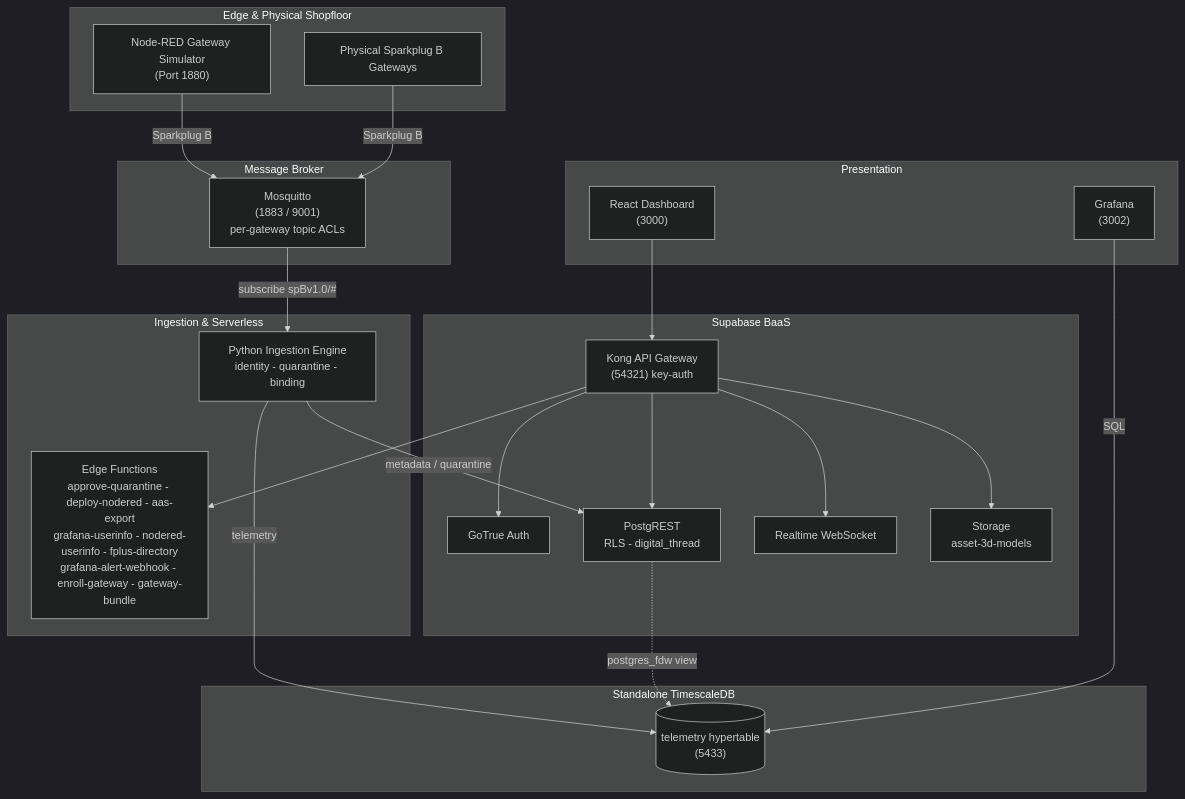
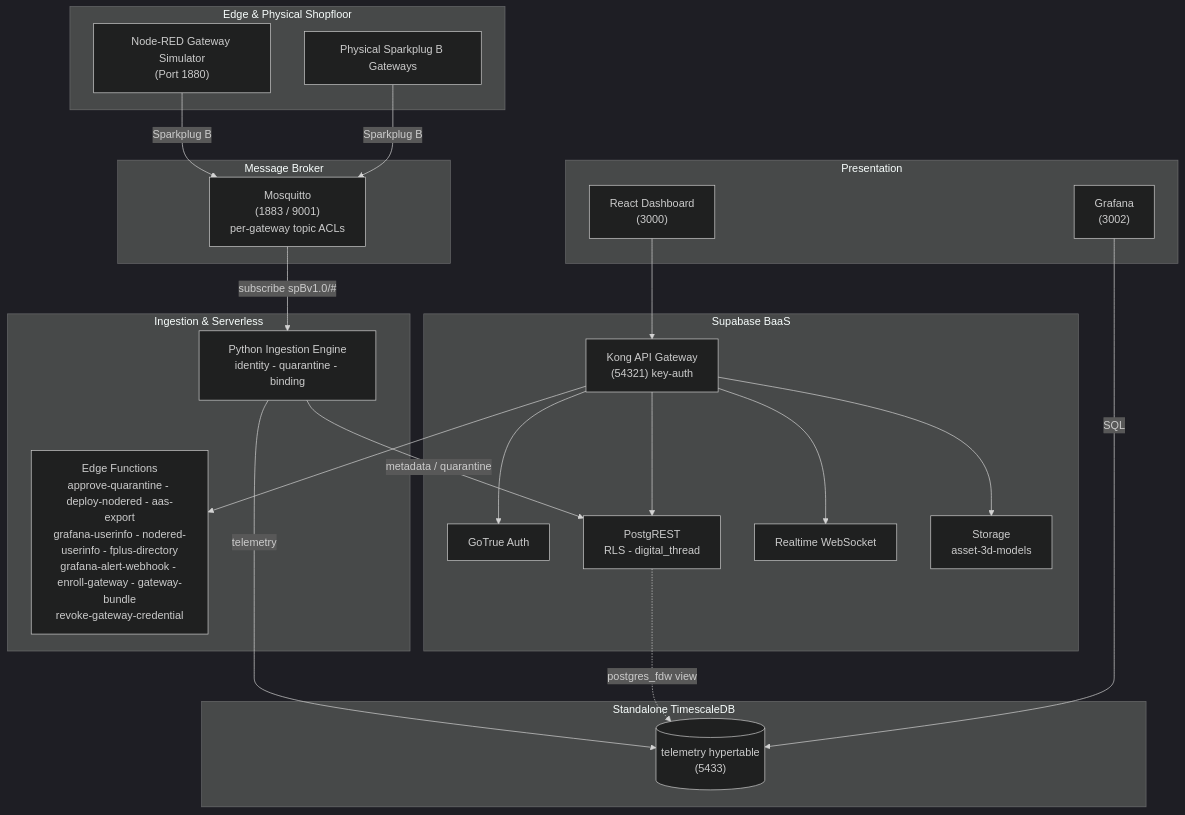
The diagram in README.md (Harri-Llewelyn/Aber), drawn with Mermaid (dark theme) before and after one commit. The commit also changed other lines of this file and 11 other files, not shown here.

````diff
--- a/README.md
+++ b/README.md
@@ -30,47 +30,47 @@
 ```mermaid
 flowchart TB
     subgraph Edge ["Edge & Physical Shopfloor"]
         NR["Node-RED Gateway Simulator<br/>(Port 1880)"]
         DEV["Physical Sparkplug B Gateways"]
     end
 
     subgraph Messaging ["Message Broker"]
         MQTT["Mosquitto<br/>(1883 / 9001)<br/>per-gateway topic ACLs"]
     end
 
     subgraph Processing ["Ingestion & Serverless"]
         ING["Python Ingestion Engine<br/>identity - quarantine - binding"]
-        EF["Edge Functions<br/>approve-quarantine - deploy-nodered - aas-export<br/>grafana-userinfo - nodered-userinfo - fplus-directory<br/>grafana-alert-webhook - enroll-gateway - gateway-bundle"]
+        EF["Edge Functions<br/>approve-quarantine - deploy-nodered - aas-export<br/>grafana-userinfo - nodered-userinfo - fplus-directory<br/>grafana-alert-webhook - enroll-gateway - gateway-bundle<br/>revoke-gateway-credential"]
     end
 
     subgraph Supabase ["Supabase BaaS"]
         KONG["Kong API Gateway<br/>(54321) key-auth"]
         AUTH["GoTrue Auth"]
         PGRST["PostgREST<br/>RLS - digital_thread"]
         RT["Realtime WebSocket"]
         STO["Storage<br/>asset-3d-models"]
     end
 
     subgraph TSDB ["Standalone TimescaleDB"]
         TS[("telemetry hypertable<br/>(5433)")]
     end
 
     subgraph UX ["Presentation"]
         UI["React Dashboard<br/>(3000)"]
         GRAF["Grafana<br/>(3002)"]
     end
 
     NR -->|Sparkplug B| MQTT
     DEV -->|Sparkplug B| MQTT
     MQTT -->|subscribe spBv1.0/#| ING
     ING -->|metadata / quarantine| PGRST
     ING -->|telemetry| TS
     UI --> KONG
     KONG --> AUTH
     KONG --> PGRST
     KONG --> RT
     KONG --> STO
     KONG --> EF
     PGRST -.->|postgres_fdw view| TS
     GRAF -->|SQL| TS
 ```
````
